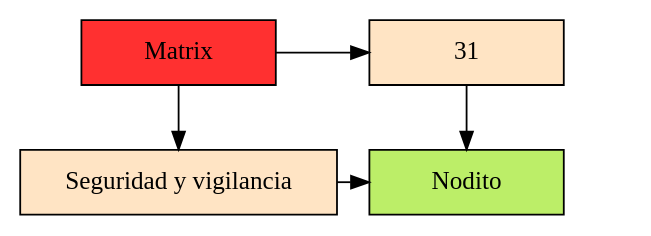
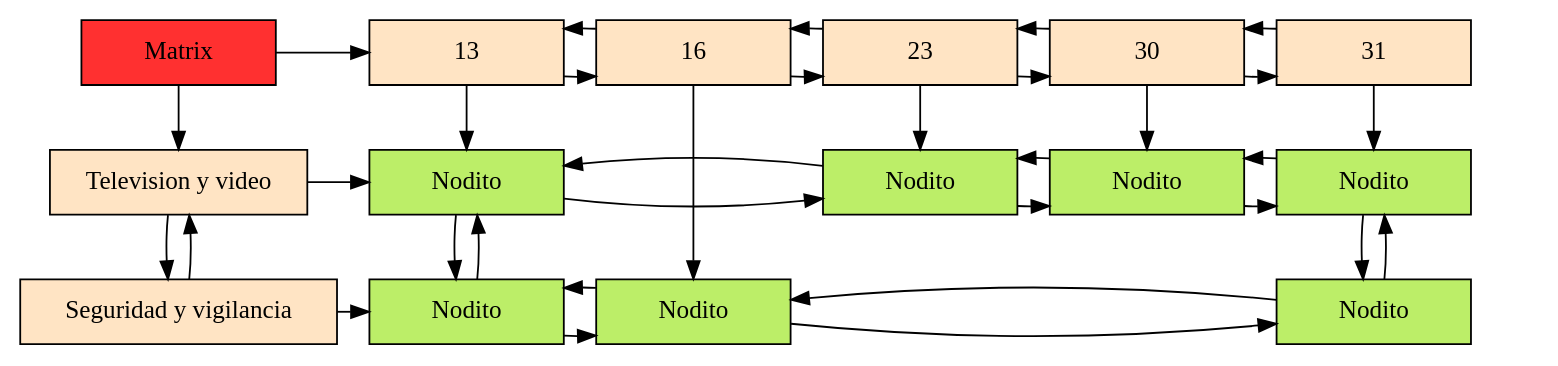
The diagram in EDD_VirtualMall/Backend/Dots/matriz.dot (JAlvarez9/EDD_VirtualMall_201900528), drawn with Graphviz before and after one commit. The commit also changed 11 other files, not shown here.

```diff
--- a/EDD_VirtualMall/Backend/Dots/matriz.dot
+++ b/EDD_VirtualMall/Backend/Dots/matriz.dot
@@ -1,15 +1,56 @@
 digraph G{ 
 node [shape=box] 
  Mt[ label = "Matrix", width = 1.5, style = filled, fillcolor = firebrick1, group = 1 ]; 
 e0[ shape = point, width = 0 ]; 
 e1[ shape = point, width = 0 ]; 
-node0xc00010a8a0 [label = "Seguridad y vigilancia"    width = 1.5 style = filled, fillcolor = bisque1, group = 1 ]; 
-node0xc00012e500 [label = "31"    width = 1.5 style = filled, fillcolor = bisque1, group = 2 ]; 
-Mt -> node0xc00010a8a0 
-Mt -> node0xc00012e500 
-{ rank = same; Mt;  node0xc00012e500;} 
-node0xc00012e500 -> node0xc000117e10; 
-node0xc000117e10 [label = "Nodito" style = filled, fillcolor = darkolivegreen2	 width = 1.5, group = 2 ]; 
-node0xc00010a8a0 -> node0xc000117e10; 
-{ rank = same; node0xc00010a8a0; node0xc000117e10;} 
+node0xc000050fc0 [label = "Television y video"    width = 1.5 style = filled, fillcolor = bisque1, group = 1 ]; 
+node0xc000050fc0 -> node0xc000050f00; 
+node0xc000050f00 -> node0xc000050fc0; 
+node0xc000050f00 [label = "Seguridad y vigilancia"    width = 1.5 style = filled, fillcolor = bisque1, group = 1 ]; 
+node0xc000052b90 [label = "13"    width = 1.5 style = filled, fillcolor = bisque1, group = 2 ]; 
+node0xc000052b90 -> node0xc000052cd0; 
+node0xc000052cd0 -> node0xc000052b90; 
+node0xc000052cd0 [label = "16"    width = 1.5 style = filled, fillcolor = bisque1, group = 3 ]; 
+node0xc000052cd0 -> node0xc000052d20; 
+node0xc000052d20 -> node0xc000052cd0; 
+node0xc000052d20 [label = "23"    width = 1.5 style = filled, fillcolor = bisque1, group = 4 ]; 
+node0xc000052d20 -> node0xc000052be0; 
+node0xc000052be0 -> node0xc000052d20; 
+node0xc000052be0 [label = "30"    width = 1.5 style = filled, fillcolor = bisque1, group = 5 ]; 
+node0xc000052be0 -> node0xc000052c80; 
+node0xc000052c80 -> node0xc000052be0; 
+node0xc000052c80 [label = "31"    width = 1.5 style = filled, fillcolor = bisque1, group = 6 ]; 
+Mt -> node0xc000050fc0 
+Mt -> node0xc000052b90 
+{ rank = same; Mt;  node0xc000052b90;node0xc000052cd0;node0xc000052d20;node0xc000052be0;node0xc000052c80;} 
+node0xc000052b90 -> node0xc000021ba0; 
+node0xc000021ba0 [label = "Nodito" style = filled, fillcolor = darkolivegreen2	 width = 1.5, group = 2 ]; 
+node0xc000021ba0 -> node0xc000021930; 
+node0xc000021930 -> node0xc000021ba0; 
+node0xc000021930 [label = "Nodito" style = filled, fillcolor = darkolivegreen2	 width = 1.5, group = 2 ]; 
+node0xc000052cd0 -> node0xc000021d40; 
+node0xc000021d40 [label = "Nodito" style = filled, fillcolor = darkolivegreen2	 width = 1.5, group = 3 ]; 
+node0xc000052d20 -> node0xc000021e10; 
+node0xc000021e10 [label = "Nodito" style = filled, fillcolor = darkolivegreen2	 width = 1.5, group = 4 ]; 
+node0xc000052be0 -> node0xc000021a00; 
+node0xc000021a00 [label = "Nodito" style = filled, fillcolor = darkolivegreen2	 width = 1.5, group = 5 ]; 
+node0xc000052c80 -> node0xc000021c70; 
+node0xc000021c70 [label = "Nodito" style = filled, fillcolor = darkolivegreen2	 width = 1.5, group = 6 ]; 
+node0xc000021c70 -> node0xc000021ee0; 
+node0xc000021ee0 -> node0xc000021c70; 
+node0xc000021ee0 [label = "Nodito" style = filled, fillcolor = darkolivegreen2	 width = 1.5, group = 6 ]; 
+node0xc000050fc0 -> node0xc000021ba0; 
+node0xc000021ba0 -> node0xc000021e10; 
+node0xc000021e10 -> node0xc000021ba0; 
+node0xc000021e10 -> node0xc000021a00; 
+node0xc000021a00 -> node0xc000021e10; 
+node0xc000021a00 -> node0xc000021c70; 
+node0xc000021c70 -> node0xc000021a00; 
+node0xc000050f00 -> node0xc000021930; 
+node0xc000021930 -> node0xc000021d40; 
+node0xc000021d40 -> node0xc000021930; 
+node0xc000021d40 -> node0xc000021ee0; 
+node0xc000021ee0 -> node0xc000021d40; 
+{ rank = same; node0xc000050fc0; node0xc000021ba0;node0xc000021e10;node0xc000021a00;node0xc000021c70;} 
+{ rank = same; node0xc000050f00; node0xc000021930;node0xc000021d40;node0xc000021ee0;} 
 } 
```
